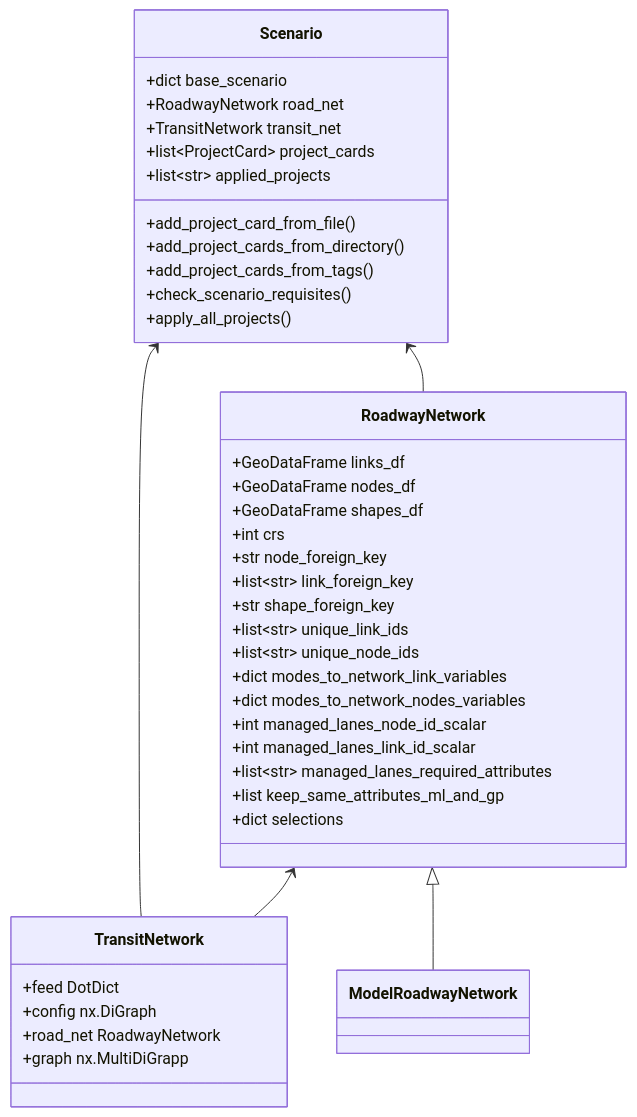
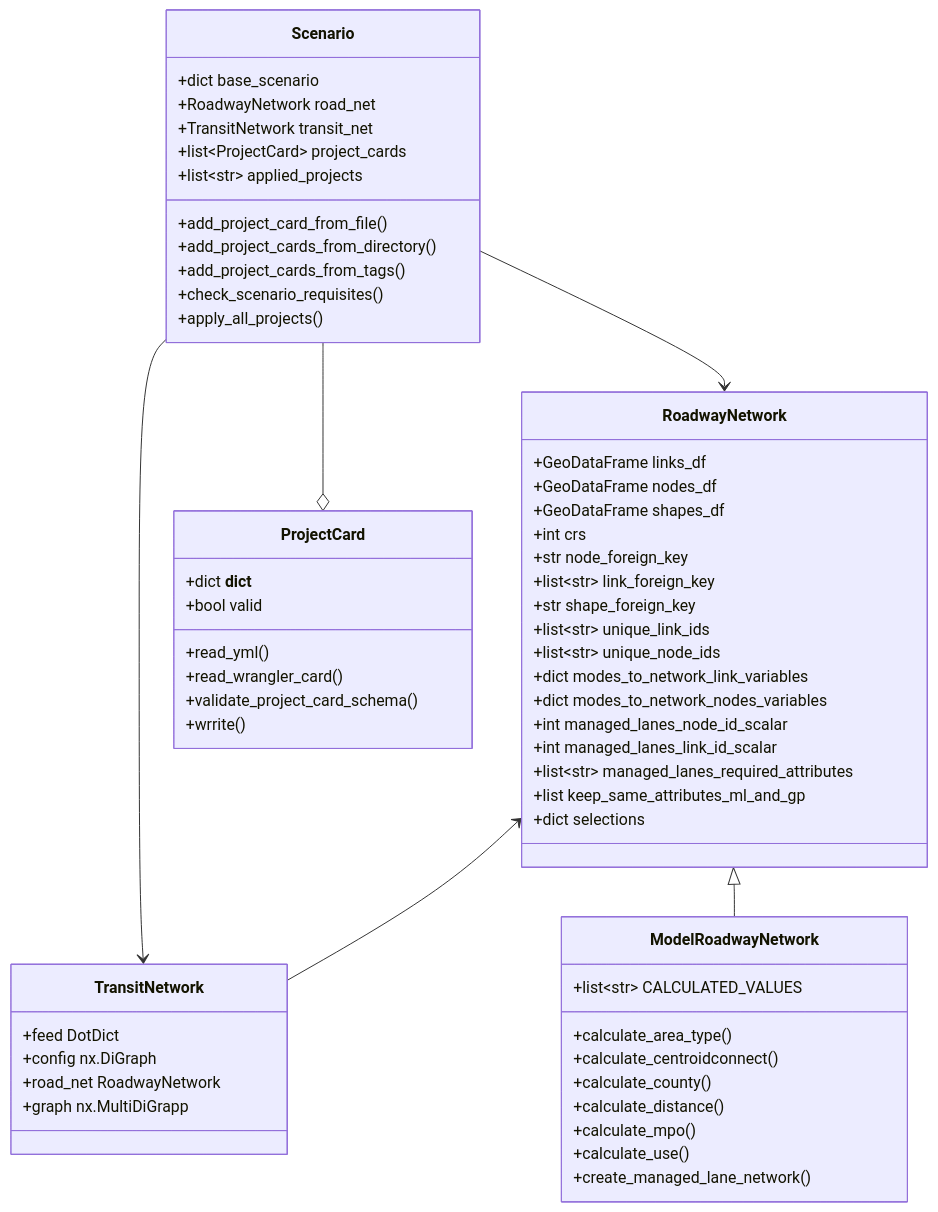
One commit to BayAreaMetro/network_wrangler changed the first of 3 diagrams in architecture.md. Above: the diagram before and after it, drawn with Mermaid.

````diff
--- a/architecture.md
+++ b/architecture.md
@@ -29,57 +29,76 @@
 ```mermaid
 classDiagram 
 RoadwayNetwork <-- TransitNetwork
 RoadwayNetwork <|-- ModelRoadwayNetwork
-Scenario <-- RoadwayNetwork
-Scenario <-- TransitNetwork
+Scenario --> RoadwayNetwork
+Scenario --> TransitNetwork
+Scenario --o ProjectCard
 
 %% network_wrangler classes
 
   class RoadwayNetwork {
     +GeoDataFrame links_df
     +GeoDataFrame nodes_df
     +GeoDataFrame shapes_df
     +int crs
     +str node_foreign_key
     +list~str~ link_foreign_key
     +str shape_foreign_key
     +list~str~ unique_link_ids
     +list~str~ unique_node_ids
     +dict modes_to_network_link_variables
     +dict modes_to_network_nodes_variables
     +int managed_lanes_node_id_scalar
     +int managed_lanes_link_id_scalar
     +list~str~ managed_lanes_required_attributes
     +list keep_same_attributes_ml_and_gp
     +dict selections
   }
   link RoadwayNetwork "https://bayareametro.github.io/network_wrangler/_generated/network_wrangler.RoadwayNetwork/" "network_wrangler.RoadwayNetwork"
   
   class TransitNetwork {
     +feed DotDict
     +config nx.DiGraph
     +road_net RoadwayNetwork
     +graph nx.MultiDiGrapp
   }
   link TransitNetwork "https://bayareametro.github.io/network_wrangler/_generated/network_wrangler.TransitNetwork/" "network_wrangler.TransitNetwork"
 
   class Scenario {
     +dict base_scenario
     +RoadwayNetwork road_net
     +TransitNetwork transit_net
     +list~ProjectCard~ project_cards
     +list~str~ applied_projects
     +add_project_card_from_file()
     +add_project_cards_from_directory()
     +add_project_cards_from_tags()
     +check_scenario_requisites()
     +apply_all_projects()
   }
   link Scenario "https://bayareametro.github.io/network_wrangler/_generated/network_wrangler.Scenario/" "network_wrangler.Scenario"
+ 
+  class ProjectCard {
+    +dict __dict__
+    +bool valid
+    +read_yml()
+    +read_wrangler_card()
+    +validate_project_card_schema()
+    +wrrite()
+  }
+  link ProjectCard "https://bayareametro.github.io/network_wrangler/_generated/network_wrangler.ProjectCard/" "network_wrangler.ProjectCard"
   
 %% lasso classes
 
   class ModelRoadwayNetwork {
+    +list~str~ CALCULATED_VALUES
+    +calculate_area_type()
+    +calculate_centroidconnect()
+    +calculate_county()
+    +calculate_distance()
+    +calculate_mpo()
+    +calculate_use()
+    +create_managed_lane_network()
   }
   link ModelRoadwayNetwork "https://bayareametro.github.io/Lasso/_generated/lasso.ModelRoadwayNetwork/#lasso.ModelRoadwayNetwork" "lasso.ModelRoadwayNetwork"
 ```
````
